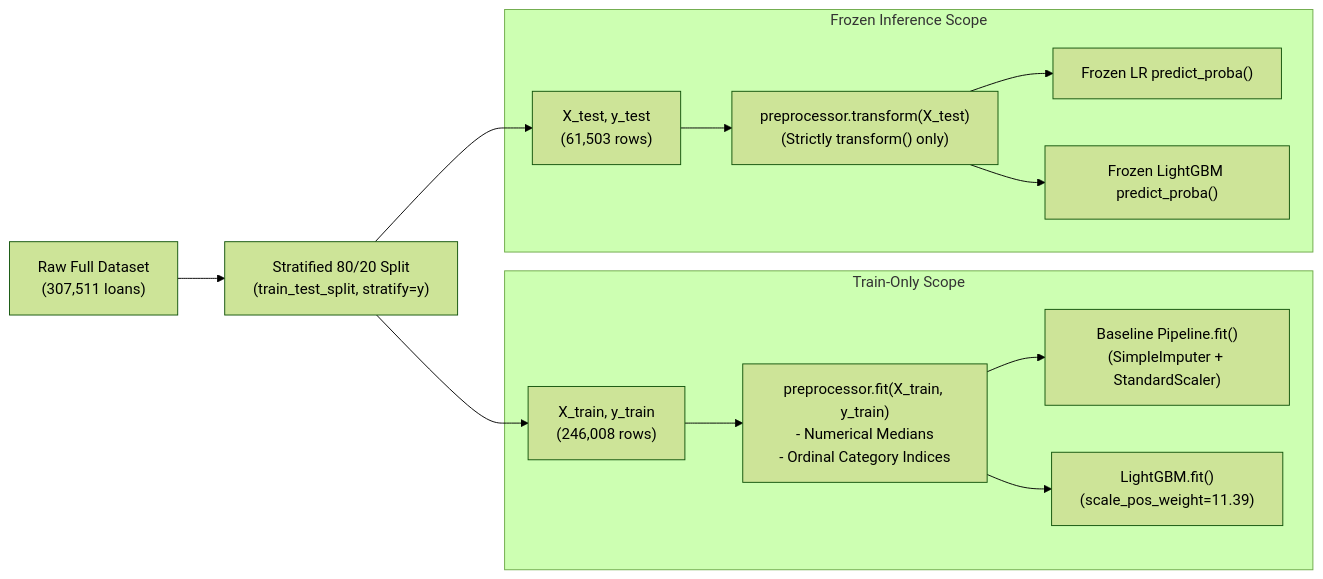
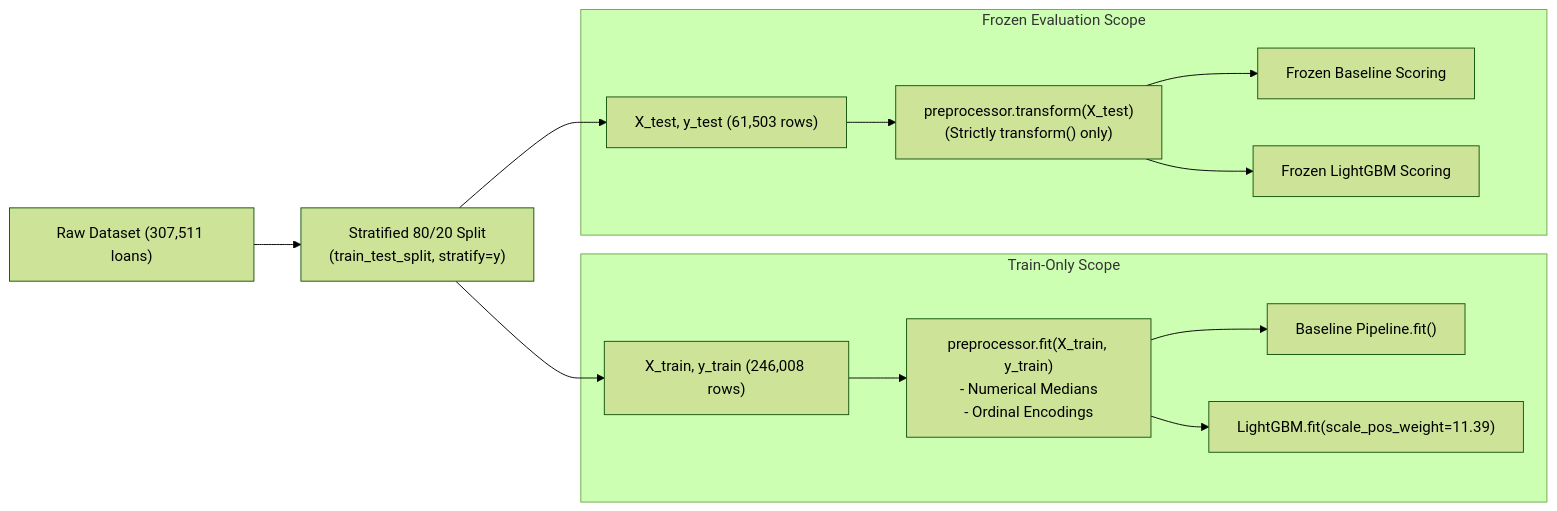
Before and after one commit to saurabhburnwal/credit-risk-intelligence-platform: the second of 2 diagrams in README.md, drawn with Mermaid (forest theme). The commit also changed other lines of this file, not shown here.

````diff
--- a/README.md
+++ b/README.md
@@ -324,18 +216,18 @@
 ```mermaid
 flowchart LR
-    RAW["Raw Full Dataset<br/>(307,511 loans)"] --> SPLIT["Stratified 80/20 Split<br/>(train_test_split, stratify=y)"]
-    SPLIT --> D_TR["X_train, y_train<br/>(246,008 rows)"]
-    SPLIT --> D_TE["X_test, y_test<br/>(61,503 rows)"]
+    RAW["Raw Dataset (307,511 loans)"] --> SPLIT["Stratified 80/20 Split<br/>(train_test_split, stratify=y)"]
+    SPLIT --> D_TR["X_train, y_train (246,008 rows)"]
+    SPLIT --> D_TE["X_test, y_test (61,503 rows)"]
     
-    subgraph Train_Only_Fitting["Train-Only Scope"]
-        D_TR --> FIT["preprocessor.fit(X_train, y_train)<br/>- Numerical Medians<br/>- Ordinal Category Indices"]
-        FIT --> LR_FIT["Baseline Pipeline.fit()<br/>(SimpleImputer + StandardScaler)"]
-        FIT --> LGB_FIT["LightGBM.fit()<br/>(scale_pos_weight=11.39)"]
+    subgraph Train_Scope["Train-Only Scope"]
+        D_TR --> FIT["preprocessor.fit(X_train, y_train)<br/>- Numerical Medians<br/>- Ordinal Encodings"]
+        FIT --> LR_FIT["Baseline Pipeline.fit()"]
+        FIT --> LGB_FIT["LightGBM.fit(scale_pos_weight=11.39)"]
     end
     
-    subgraph Frozen_Evaluation["Frozen Inference Scope"]
+    subgraph Test_Scope["Frozen Evaluation Scope"]
         D_TE --> XF["preprocessor.transform(X_test)<br/>(Strictly transform() only)"]
-        XF --> LR_EVAL["Frozen LR predict_proba()"]
-        XF --> LGB_EVAL["Frozen LightGBM predict_proba()"]
+        XF --> LR_EVAL["Frozen Baseline Scoring"]
+        XF --> LGB_EVAL["Frozen LightGBM Scoring"]
     end
 ```
````
